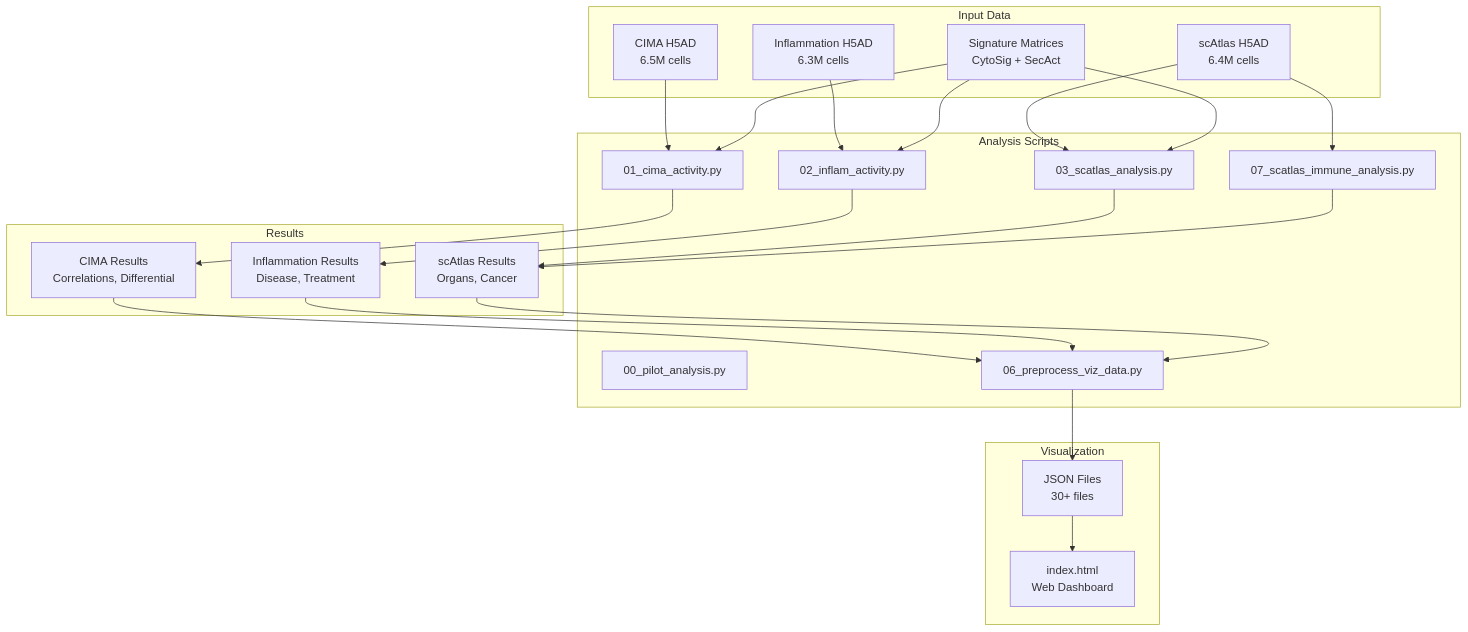
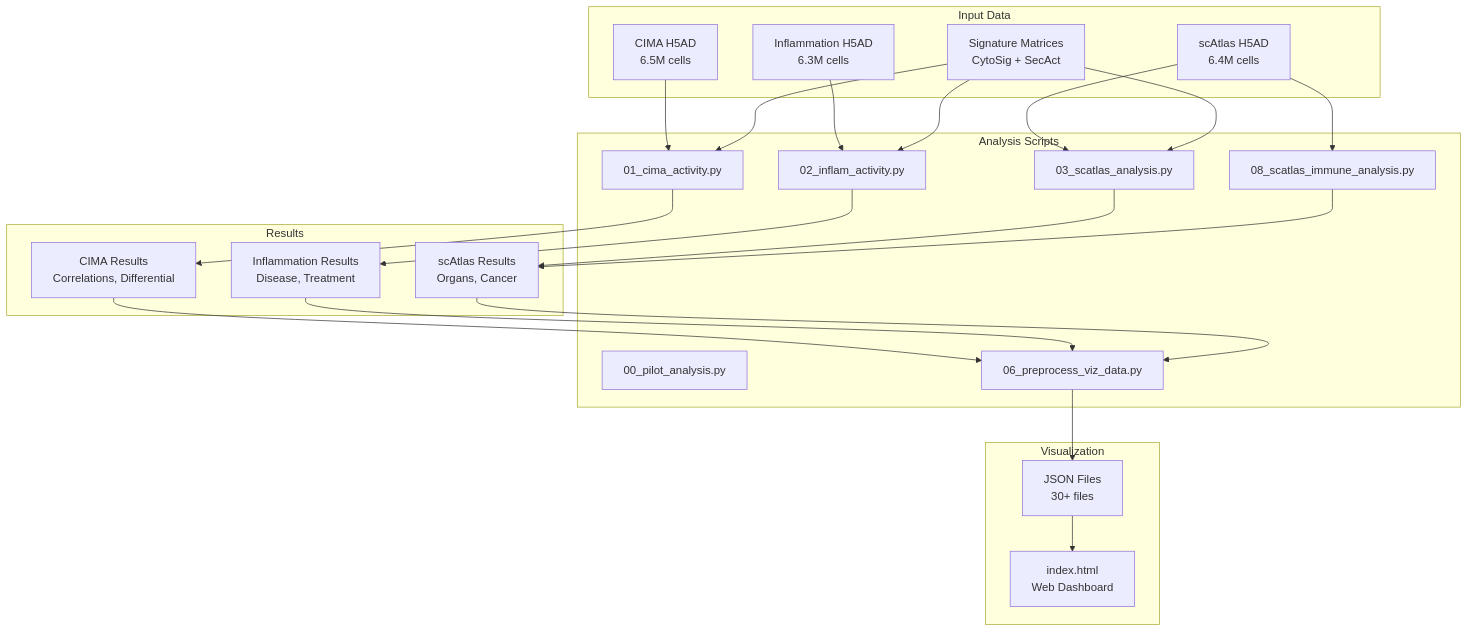
One commit to psychemistz/cytoatlas changed the first of 3 diagrams in docs/pipelines/README.md. Above: the diagram before and after it, drawn with Mermaid. The commit also changed other lines of this file and 30 other files, not shown here.

````diff
--- a/docs/pipelines/README.md
+++ b/docs/pipelines/README.md
@@ -7,47 +7,47 @@
 ```mermaid
 flowchart TB
     subgraph Input ["Input Data"]
         CIMA_H5AD[CIMA H5AD<br/>6.5M cells]
         INFLAM_H5AD[Inflammation H5AD<br/>6.3M cells]
         SCATLAS_H5AD[scAtlas H5AD<br/>6.4M cells]
         SIGS[Signature Matrices<br/>CytoSig + SecAct]
     end
 
     subgraph Scripts ["Analysis Scripts"]
         P00[00_pilot_analysis.py]
         P01[01_cima_activity.py]
         P02[02_inflam_activity.py]
         P03[03_scatlas_analysis.py]
-        P07[07_scatlas_immune_analysis.py]
+        P08[08_scatlas_immune_analysis.py]
         P06[06_preprocess_viz_data.py]
     end
 
     subgraph Results ["Results"]
         CIMA_OUT[CIMA Results<br/>Correlations, Differential]
         INFLAM_OUT[Inflammation Results<br/>Disease, Treatment]
         SCATLAS_OUT[scAtlas Results<br/>Organs, Cancer]
     end
 
     subgraph Viz ["Visualization"]
         JSON[JSON Files<br/>30+ files]
         HTML[index.html<br/>Web Dashboard]
     end
 
     CIMA_H5AD --> P01
     INFLAM_H5AD --> P02
     SCATLAS_H5AD --> P03
-    SCATLAS_H5AD --> P07
+    SCATLAS_H5AD --> P08
     SIGS --> P01 & P02 & P03
 
     P01 --> CIMA_OUT
     P02 --> INFLAM_OUT
     P03 --> SCATLAS_OUT
-    P07 --> SCATLAS_OUT
+    P08 --> SCATLAS_OUT
 
     CIMA_OUT --> P06
     INFLAM_OUT --> P06
     SCATLAS_OUT --> P06
 
     P06 --> JSON
     JSON --> HTML
 ```
````
